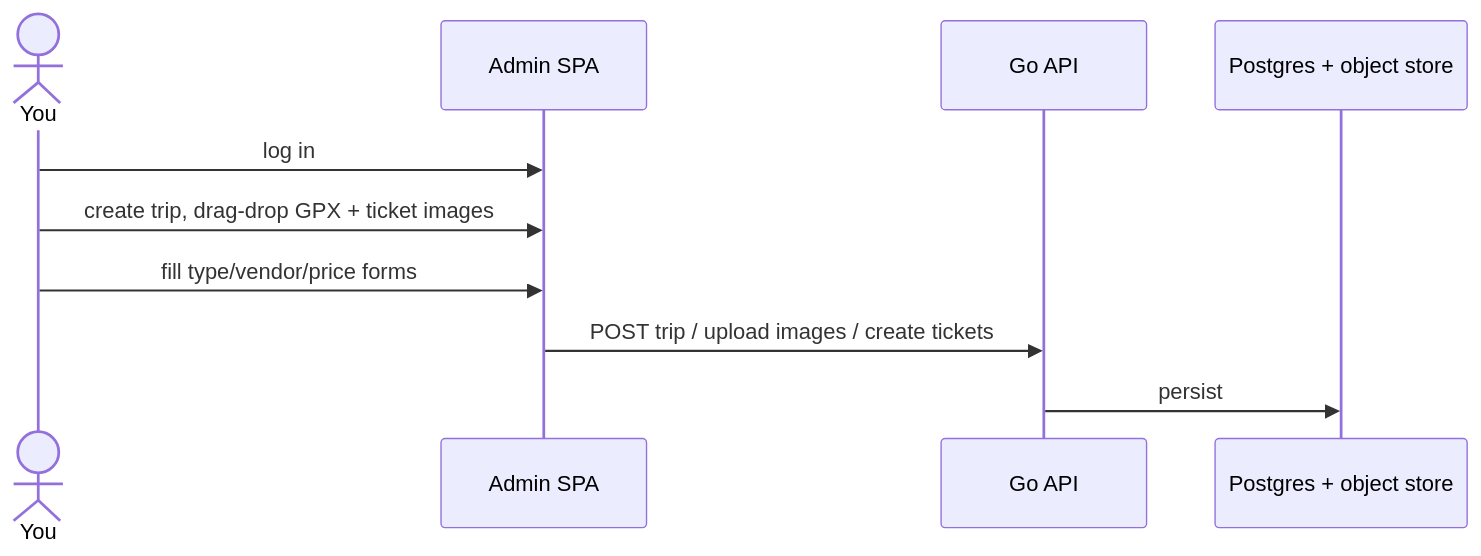
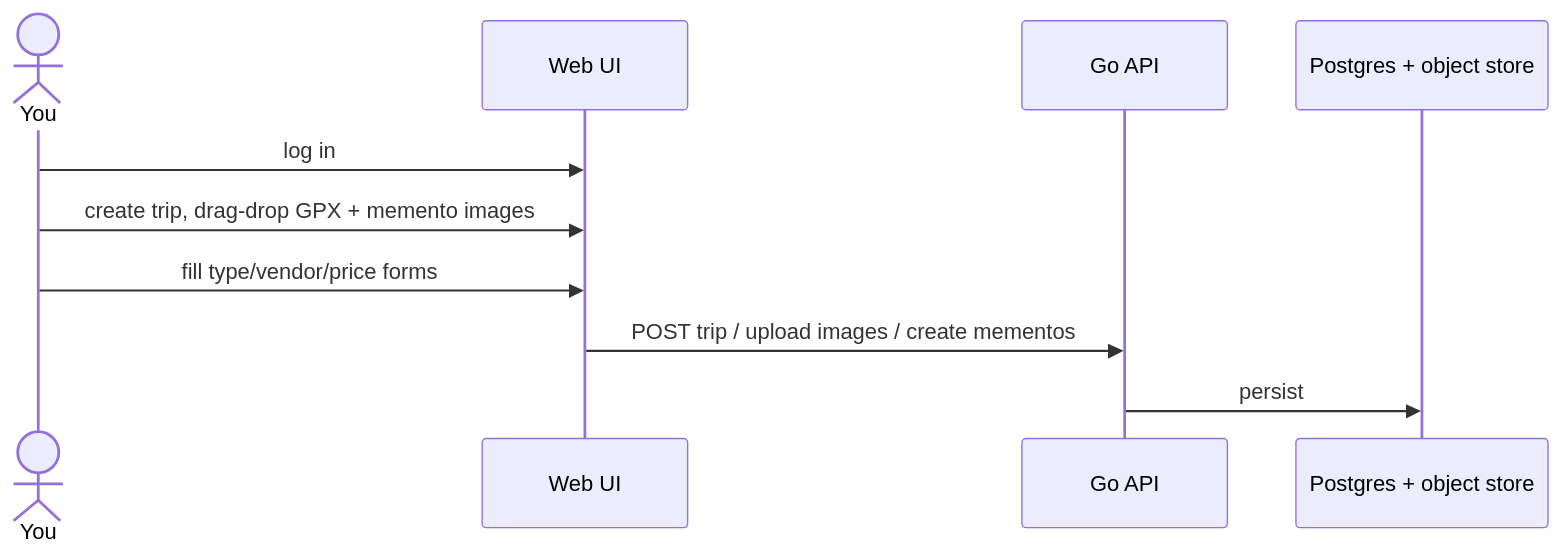
Before and after one commit to azusachino/felicia: the sixth of 7 diagrams in docs/research/ingestion-workflows.md, drawn with Mermaid. The commit also changed other lines of this file and 6 other files, not shown here.

````diff
--- a/docs/research/ingestion-workflows.md
+++ b/docs/research/ingestion-workflows.md
@@ -210,12 +210,12 @@
 ```mermaid
 sequenceDiagram
   actor You
-  participant UI as Admin SPA
+  participant UI as Web UI
   participant API as Go API
   participant Store as Postgres + object store
   You->>UI: log in
-  You->>UI: create trip, drag-drop GPX + ticket images
+  You->>UI: create trip, drag-drop GPX + memento images
   You->>UI: fill type/vendor/price forms
-  UI->>API: POST trip / upload images / create tickets
+  UI->>API: POST trip / upload images / create mementos
   API->>Store: persist
 ```
````
